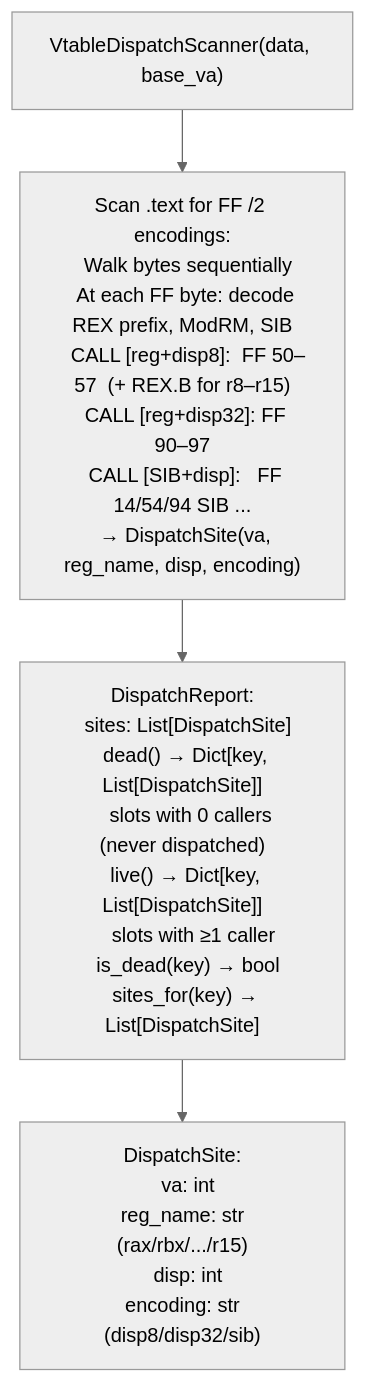
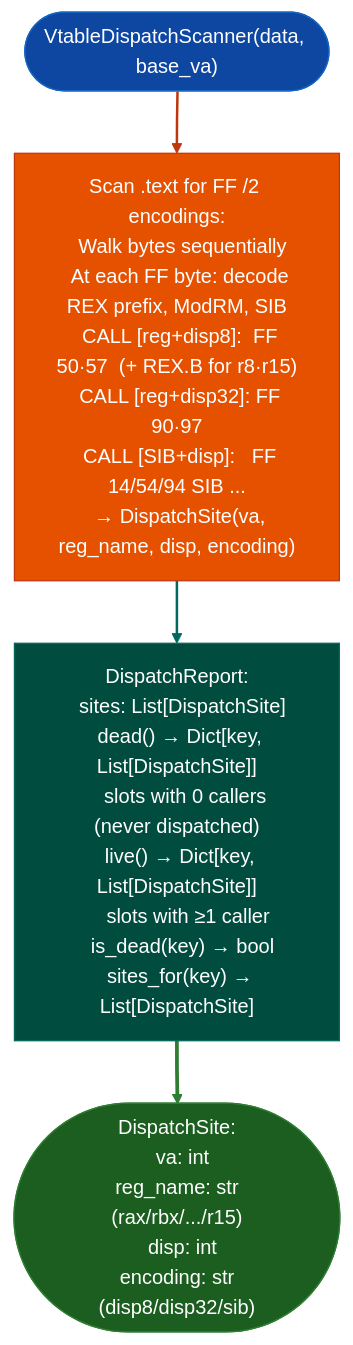
One commit to Ablation-Tool/ablation changed the diagram in docs/reference-modules/x86-64-relocation-based-vtables.md. Above: the diagram before and after it, drawn with Mermaid (neutral theme). The commit also changed 320 other files, not shown here.

First line of the commit message:
docs: apply canonical Mermaid template to all 321 diagrams

````diff
--- a/docs/reference-modules/x86-64-relocation-based-vtables.md
+++ b/docs/reference-modules/x86-64-relocation-based-vtables.md
@@ -19,6 +19,15 @@
 ```mermaid
 flowchart TD
-    A["VtableDispatchScanner(data, base_va)"] --> B["Scan .text for FF /2 encodings:\n  Walk bytes sequentially\n  At each FF byte: decode REX prefix, ModRM, SIB\n  CALL [reg+disp8]:  FF 50–57  (+ REX.B for r8–r15)\n  CALL [reg+disp32]: FF 90–97\n  CALL [SIB+disp]:   FF 14/54/94 SIB ...\n  → DispatchSite(va, reg_name, disp, encoding)"]
-    B --> C["DispatchReport:\n  sites: List[DispatchSite]\n  dead() → Dict[key, List[DispatchSite]]\n    slots with 0 callers (never dispatched)\n  live() → Dict[key, List[DispatchSite]]\n    slots with ≥1 caller\n  is_dead(key) → bool\n  sites_for(key) → List[DispatchSite]"]
-    C --> D["DispatchSite:\n  va: int\n  reg_name: str  (rax/rbx/.../r15)\n  disp: int\n  encoding: str  (disp8/disp32/sib)"]
+    A(["VtableDispatchScanner(data, base_va)"]):::input --> B["Scan .text for FF /2 encodings:\n  Walk bytes sequentially\n  At each FF byte: decode REX prefix, ModRM, SIB\n  CALL [reg+disp8]:  FF 50·57  (+ REX.B for r8·r15)\n  CALL [reg+disp32]: FF 90·97\n  CALL [SIB+disp]:   FF 14/54/94 SIB ...\n  → DispatchSite(va, reg_name, disp, encoding)"]:::primary
+    B:::primary --> C["DispatchReport:\n  sites: List[DispatchSite]\n  dead() → Dict[key, List[DispatchSite]]\n    slots with 0 callers (never dispatched)\n  live() → Dict[key, List[DispatchSite]]\n    slots with ≥1 caller\n  is_dead(key) → bool\n  sites_for(key) → List[DispatchSite]"]:::secondary
+    C:::secondary --> D(["DispatchSite:\n  va: int\n  reg_name: str  (rax/rbx/.../r15)\n  disp: int\n  encoding: str  (disp8/disp32/sib)"]):::output
+    classDef input     fill:#0d47a1,stroke:#1565c0,color:#fff
+    classDef primary   fill:#e65100,stroke:#bf360c,color:#fff
+    classDef secondary fill:#004d40,stroke:#00695c,color:#fff
+    classDef tertiary  fill:#4a148c,stroke:#6a1b9a,color:#fff
+    classDef neutral   fill:#37474f,stroke:#546e7a,color:#fff
+    classDef output    fill:#1b5e20,stroke:#2e7d32,color:#fff
+    linkStyle 0 stroke:#bf360c,stroke-width:2px
+    linkStyle 1 stroke:#00695c,stroke-width:2px
+    linkStyle 2 stroke:#2e7d32,stroke-width:3px
 ```
````
